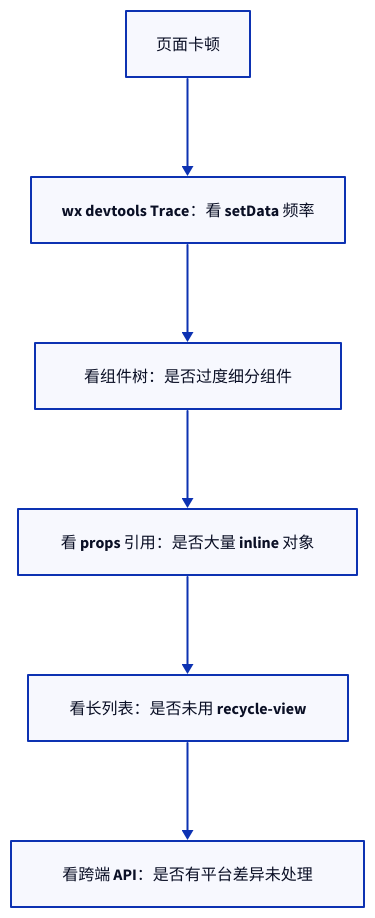
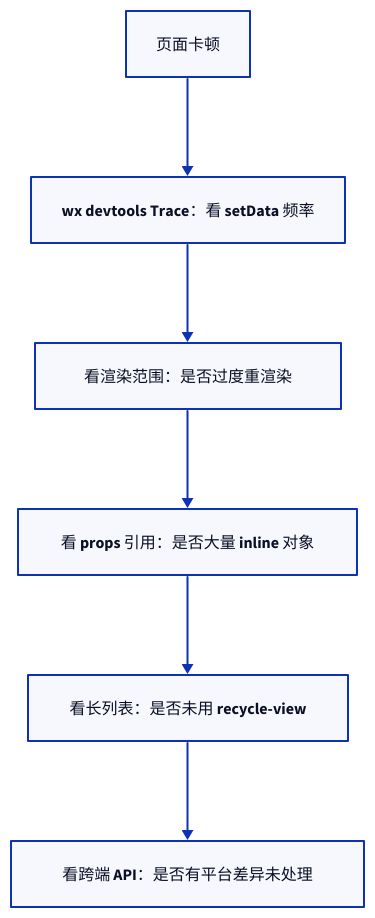
The eighth of 8 diagrams in apps/docs/experiences/微信小程序/Taro 原理与实践.md (youngluo/thinking), drawn with D2 before and after one commit. The commit also changed other lines of this file and 3 other files, not shown here.

Commit message:
docs: polish Taro architecture article

````diff
--- a/apps/docs/experiences/微信小程序/Taro 原理与实践.md
+++ b/apps/docs/experiences/微信小程序/Taro 原理与实践.md
@@ -654,12 +591,12 @@
 ```d2
 direction: down
 
 start: 页面卡顿
 trace: wx devtools Trace：看 setData 频率
-tree: 看组件树：是否过度细分组件
+tree: 看渲染范围：是否过度重渲染
 props: 看 props 引用：是否大量 inline 对象
 list: 看长列表：是否未用 recycle-view
 api: 看跨端 API：是否有平台差异未处理
 
 start -> trace -> tree -> props -> list -> api
 ```
````
